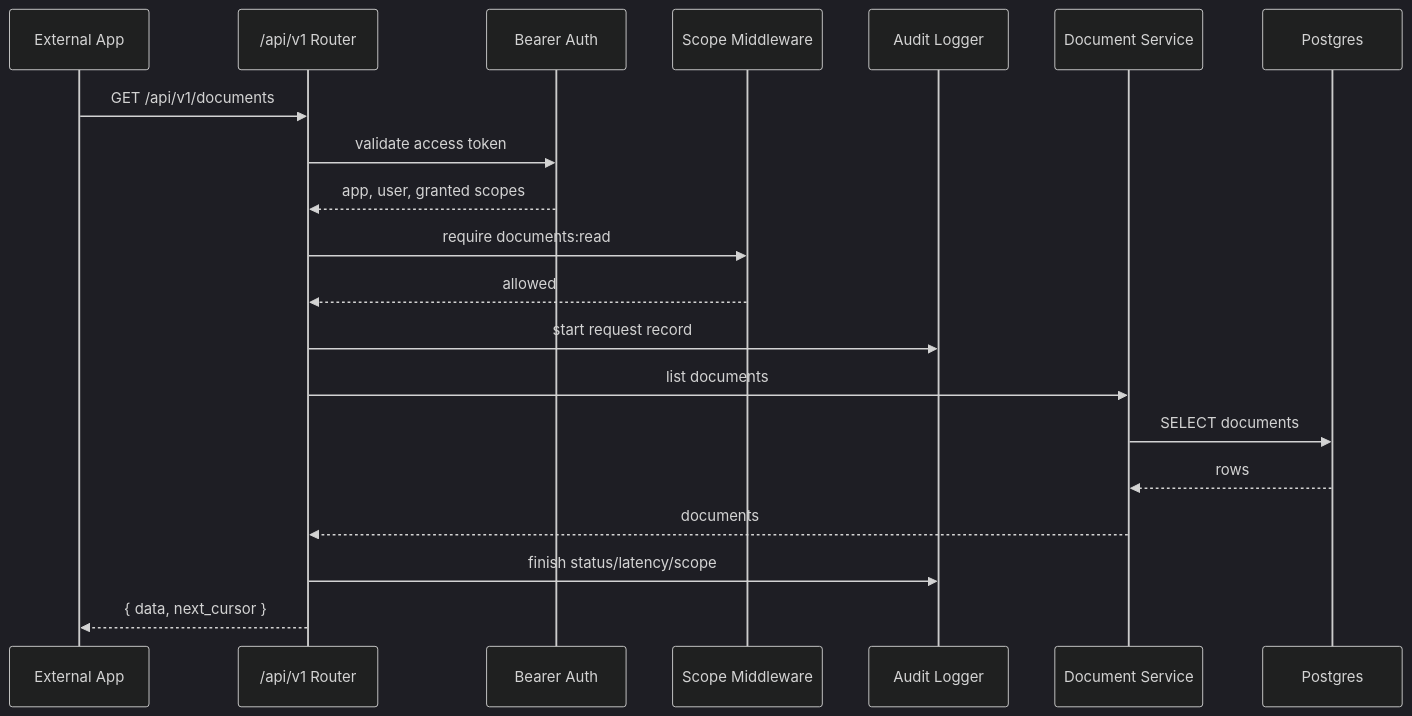
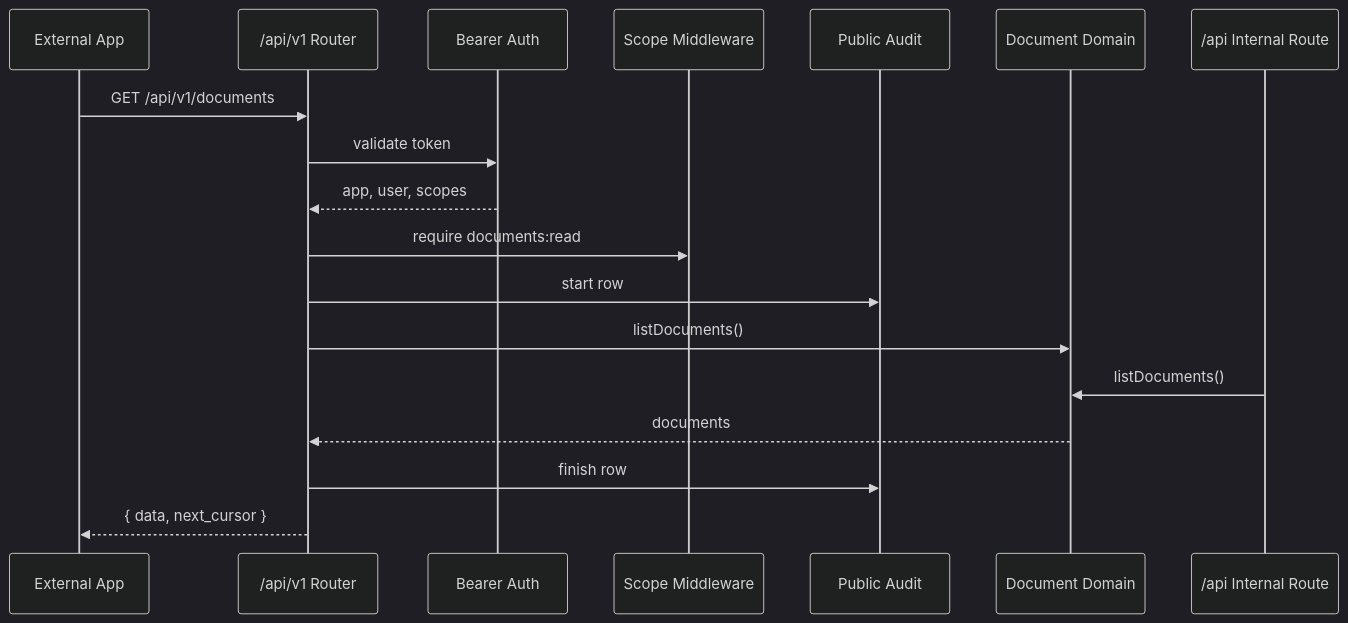
Before and after one commit to tylerxia8/ship: the first of 3 diagrams in docs/architecture.md, drawn with Mermaid (dark theme). The commit also changed other lines of this file and 2 other files, not shown here.

Commit message:
Consolidate required Plugforge architecture doc

````diff
--- a/docs/architecture.md
+++ b/docs/architecture.md
@@ -200,23 +94,21 @@
 ```mermaid
 sequenceDiagram
-    participant App as External App
-    participant V1 as /api/v1 Router
-    participant Auth as Bearer Auth
-    participant Scope as Scope Middleware
-    participant Audit as Audit Logger
-    participant Domain as Document Service
-    participant DB as Postgres
+  participant App as External App
+  participant V1 as /api/v1 Router
+  participant Auth as Bearer Auth
+  participant Scope as Scope Middleware
+  participant Audit as Public Audit
+  participant Domain as Document Domain
+  participant Internal as /api Internal Route
 
-    App->>V1: GET /api/v1/documents
-    V1->>Auth: validate access token
-    Auth-->>V1: app, user, granted scopes
-    V1->>Scope: require documents:read
-    Scope-->>V1: allowed
-    V1->>Audit: start request record
-    V1->>Domain: list documents
-    Domain->>DB: SELECT documents
-    DB-->>Domain: rows
-    Domain-->>V1: documents
-    V1->>Audit: finish status/latency/scope
-    V1-->>App: { data, next_cursor }
+  App->>V1: GET /api/v1/documents
+  V1->>Auth: validate token
+  Auth-->>V1: app, user, scopes
+  V1->>Scope: require documents:read
+  V1->>Audit: start row
+  V1->>Domain: listDocuments()
+  Internal->>Domain: listDocuments()
+  Domain-->>V1: documents
+  V1->>Audit: finish row
+  V1-->>App: { data, next_cursor }
 ```
````
